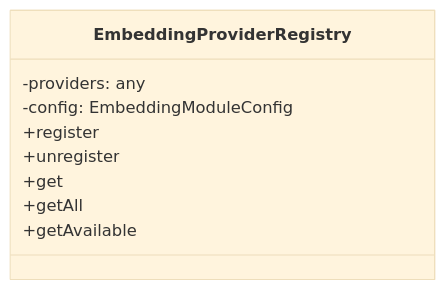
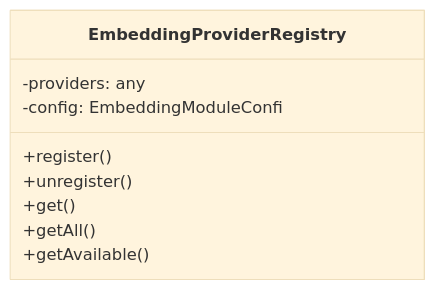
One commit to Mekann2904/mekann changed the first of 4 diagrams in ABDD/.pi/lib/embeddings/registry.md. Above: the diagram before and after it, drawn with Mermaid (base theme). The commit also changed other lines of this file and 174 other files, not shown here.

First line of the commit message:
fix(docs): ABDDのMermaid図生成エラーを修正する

````diff
--- a/ABDD/.pi/lib/embeddings/registry.md
+++ b/ABDD/.pi/lib/embeddings/registry.md
@@ -38,12 +38,12 @@
 ```mermaid
 classDiagram
   class EmbeddingProviderRegistry {
     -providers: any
-    -config: EmbeddingModuleConfig
-    +register
-    +unregister
-    +get
-    +getAll
-    +getAvailable
+    -config: EmbeddingModuleConfi
+    +register()
+    +unregister()
+    +get()
+    +getAll()
+    +getAvailable()
   }
 ```
````
